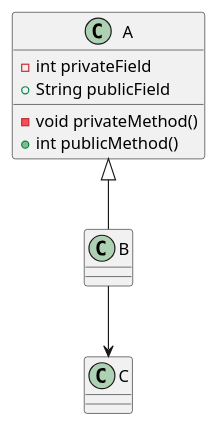
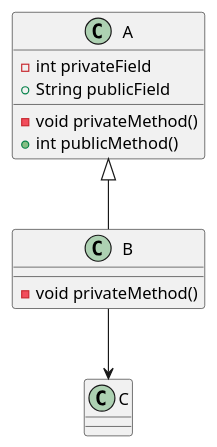
Before and after one commit to WillBooster/plantuml-visualizer: the diagram in puml-sample/tricky → newname.pu, drawn with PlantUML.

```diff
--- a/puml-sample/tricky → newname.pu
+++ b/puml-sample/tricky → newname.pu
@@ -1,17 +1,18 @@
 @startuml
 class A {
     -int privateField
     +String publicField
     -void privateMethod()
     +int publicMethod()
 }
 
 class B {
+    -void privateMethod()
 }
 
 class C {
 }
 
 A <|-- B
 B --> C
 @enduml
```
